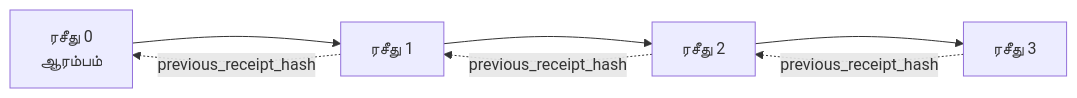
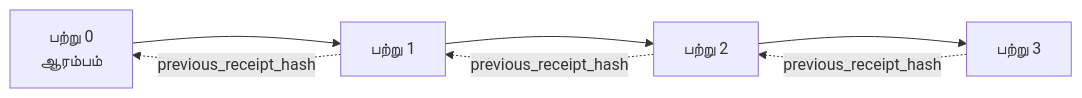
Before and after one commit to gabrielmoreira/agent-skills-mirror: the second of 2 diagrams in mirrors/repos/microsoft@ai-agents-for-beginners/translations/ta/18-securing-ai-agents/README.md, drawn with Mermaid. The commit also changed other lines of this file and 2285 other files, not shown here.

````diff
--- a/mirrors/repos/microsoft@ai-agents-for-beginners/translations/ta/18-securing-ai-agents/README.md
+++ b/mirrors/repos/microsoft@ai-agents-for-beginners/translations/ta/18-securing-ai-agents/README.md
@@ -206,9 +206,9 @@
 ```mermaid
 flowchart LR
-    R0[ரசீது 0<br/>ஆரம்பம்] --> R1[ரசீது 1]
-    R1 --> R2[ரசீது 2]
-    R2 --> R3[ரசீது 3]
+    R0[பற்று 0<br/>ஆரம்பம்] --> R1[பற்று 1]
+    R1 --> R2[பற்று 2]
+    R2 --> R3[பற்று 3]
     R1 -. previous_receipt_hash .-> R0
     R2 -. previous_receipt_hash .-> R1
     R3 -. previous_receipt_hash .-> R2
 ```
````
